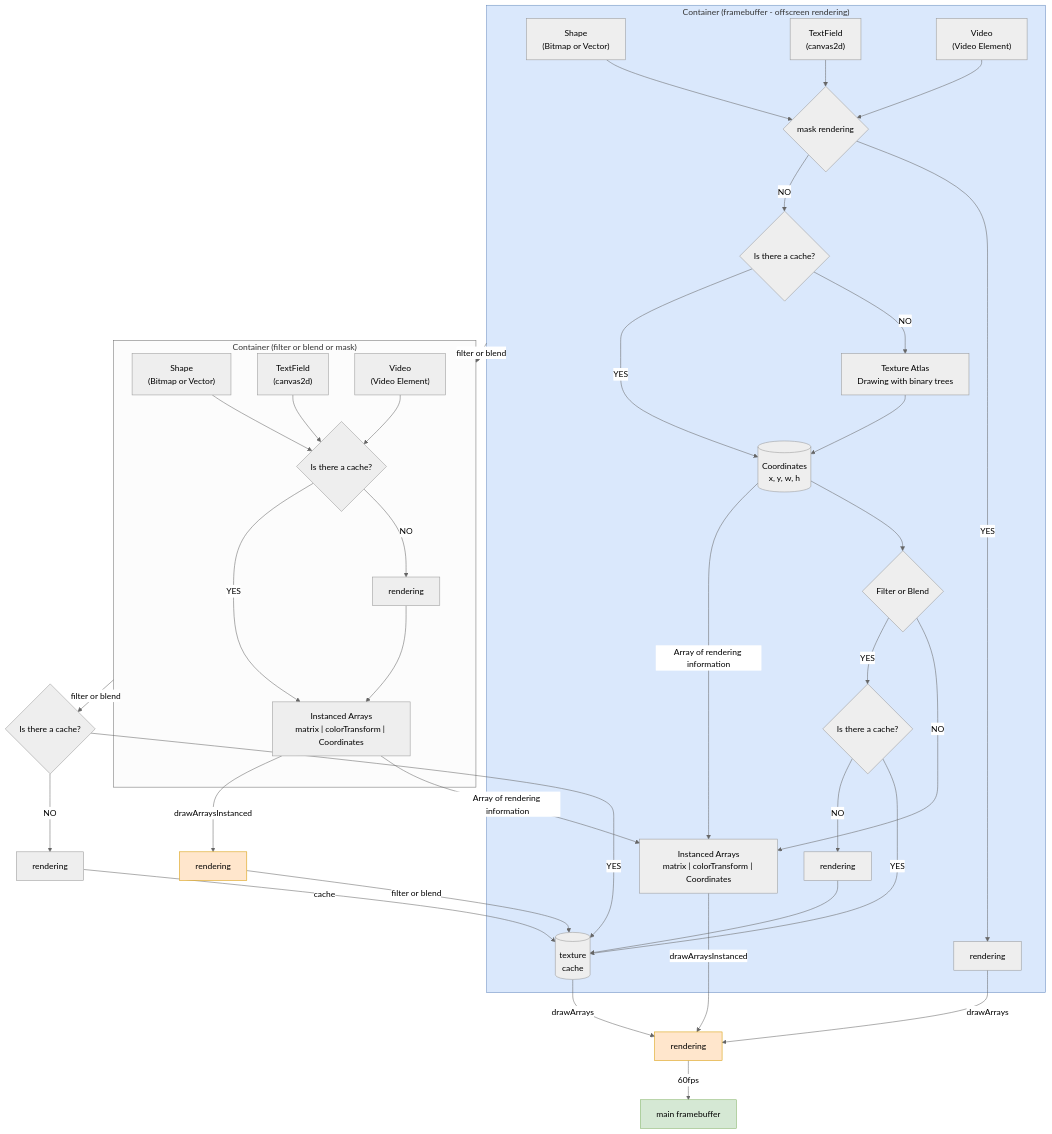
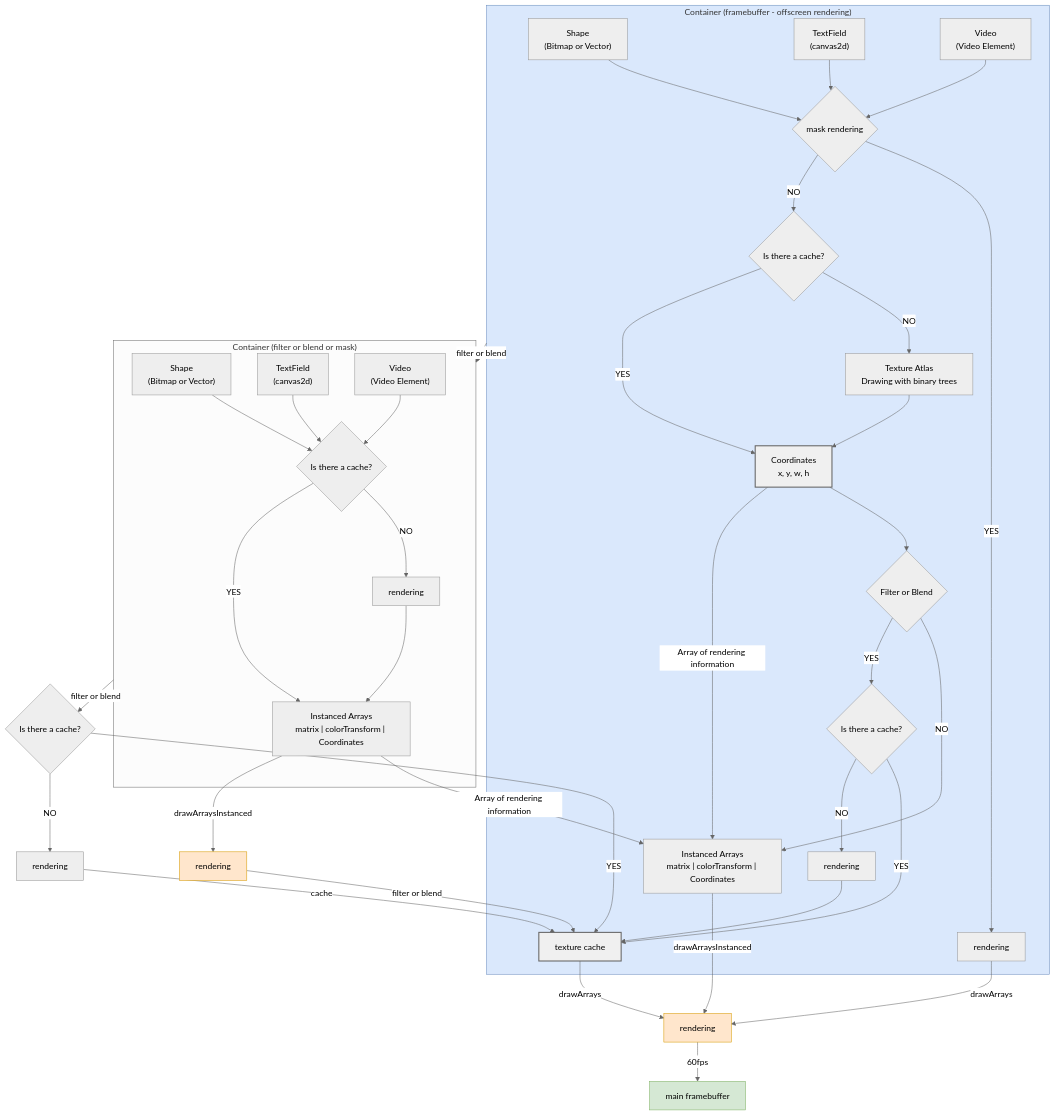
Before and after one commit to Next2D/player: the diagram in README.md, drawn with Mermaid (neutral theme).

Commit message:
chage Flowchart v3

````diff
--- a/README.md
+++ b/README.md
@@ -127,71 +127,73 @@
 ```mermaid
 flowchart TB
     subgraph Container1["Container (framebuffer - offscreen rendering)"]
         Shape1["Shape<br/>(Bitmap or Vector)"]
         TextField1["TextField<br/>(canvas2d)"]
         Video1["Video<br/>(Video Element)"]
         
         Shape1 --> MaskRendering{mask rendering}
         TextField1 --> MaskRendering
         Video1 --> MaskRendering
         
         MaskRendering -->|YES| Rendering1[rendering]
         MaskRendering -->|NO| Cache1{Is there a cache?}
         
         Cache1 -->|NO| TextureAtlas[Texture Atlas<br/>Drawing with binary trees]
         Cache1 -->|YES| CoordinatesDB
         
         TextureAtlas --> CoordinatesDB
-        CoordinatesDB[("Coordinates<br/>x, y, w, h")]
+        CoordinatesDB["Coordinates<br/>x, y, w, h"]
         
         CoordinatesDB --> FilterOrBlend{Filter or Blend}
         
         FilterOrBlend -->|NO| InstancedArrays1
         FilterOrBlend -->|YES| CacheCheck{Is there a cache?}
         
         CacheCheck -->|YES| TextureCache
         CacheCheck -->|NO| Rendering2[rendering]
         
         Rendering2 --> TextureCache
     end
     
     subgraph Container2["Container (filter or blend or mask)"]
         Shape2["Shape<br/>(Bitmap or Vector)"]
         TextField2["TextField<br/>(canvas2d)"]
         Video2["Video<br/>(Video Element)"]
         
         Shape2 --> Cache2{Is there a cache?}
         TextField2 --> Cache2
         Video2 --> Cache2
         
         Cache2 -->|NO| Rendering3[rendering]
         Cache2 -->|YES| InstancedArrays2
         
         Rendering3 --> InstancedArrays2
     end
     
     Container1 -->|filter or blend| Container2
     
     Container2 -->|filter or blend| CacheCheck2{Is there a cache?}
     CacheCheck2 -->|YES| TextureCache
     CacheCheck2 -->|NO| Rendering4[rendering]
-    Rendering4 -->|cache| TextureCache[("texture<br/>cache")]
+    Rendering4 -->|cache| TextureCache["texture cache"]
     
     CoordinatesDB -->|Array of rendering information| InstancedArrays1["Instanced Arrays<br/>matrix | colorTransform | Coordinates"]
     InstancedArrays2["Instanced Arrays<br/>matrix | colorTransform | Coordinates"] -->|Array of rendering information| InstancedArrays1
     
     InstancedArrays1 -->|drawArraysInstanced| FinalRendering[rendering]
     InstancedArrays2 -->|drawArraysInstanced| Rendering5[rendering]
     
     TextureCache -->|drawArrays| FinalRendering
     Rendering1 -->|drawArrays| FinalRendering
     
     Rendering5 -->|filter or blend| TextureCache
     
     FinalRendering -->|60fps| MainFramebuffer[main framebuffer]
     
     style Container1 fill:#dae8fc,stroke:#6c8ebf
     style FinalRendering fill:#ffe6cc,stroke:#d79b00
     style Rendering5 fill:#ffe6cc,stroke:#d79b00
     style MainFramebuffer fill:#d5e8d4,stroke:#82b366
+    style CoordinatesDB fill:#f0f0f0,stroke:#666,stroke-width:2px
+    style TextureCache fill:#f0f0f0,stroke:#666,stroke-width:2px
 ```
````
